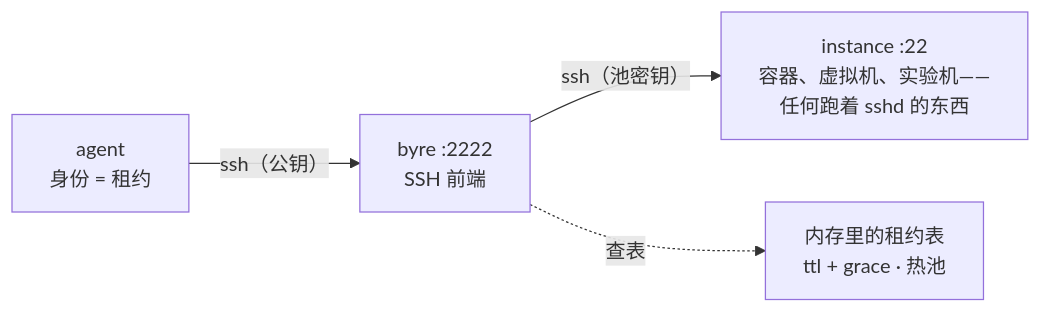
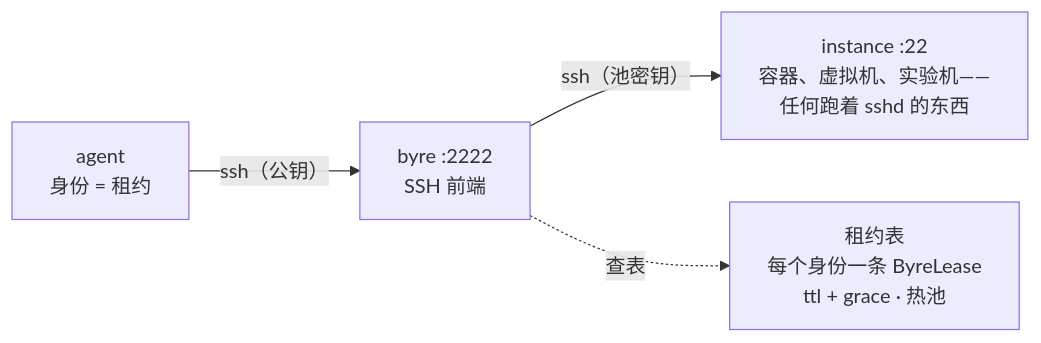
Before and after one commit to xiyuera/byre: the diagram in README.zh-CN.md, drawn with Mermaid. The commit also changed other lines of this file and 2 other files, not shown here.

First line of the commit message:
docs(readme): describe the lease store as it now is

````diff
--- a/README.zh-CN.md
+++ b/README.zh-CN.md
@@ -22,11 +22,11 @@
 ```mermaid
 flowchart LR
     agent["agent<br/>身份 = 租约"]
     byre["byre :2222<br/>SSH 前端"]
-    lease["内存里的租约表<br/>ttl + grace · 热池"]
+    lease["租约表<br/>每个身份一条 ByreLease<br/>ttl + grace · 热池"]
     inst["instance :22<br/>容器、虚拟机、实验机——<br/>任何跑着 sshd 的东西"]
 
     agent -->|"ssh（公钥）"| byre
     byre -->|"ssh（池密钥）"| inst
     byre -.->|"查表"| lease
 ```
````
